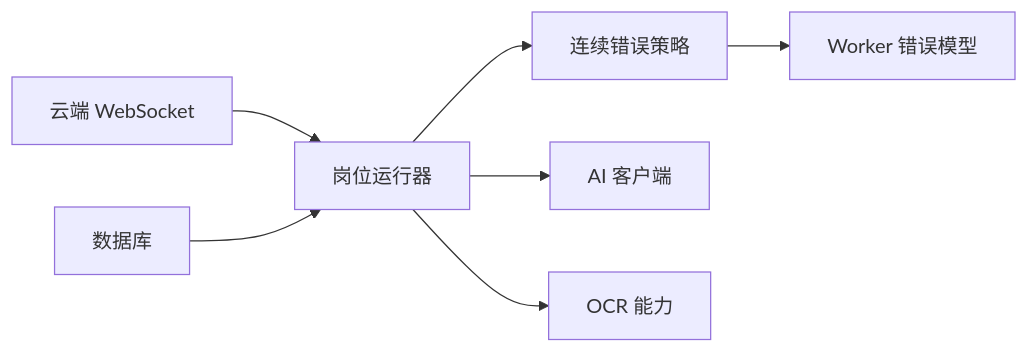
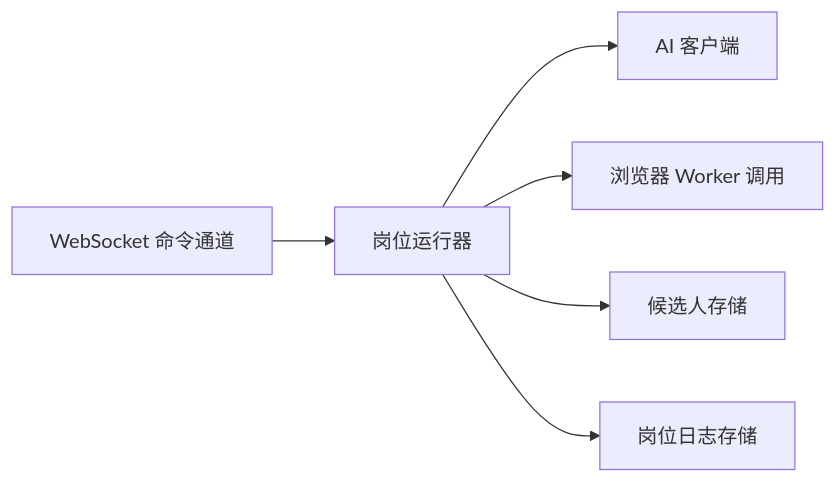
The eighth of 8 diagrams in .qoder/repowiki/zh/content/云端后端服务/候选人处理系统/候选人数据摄入/错误处理和重试机制.md (alvinwangzi/goodhr), drawn with Mermaid before and after one commit. The commit also changed other lines of this file and 149 other files, not shown here.

````diff
--- a/.qoder/repowiki/zh/content/云端后端服务/候选人处理系统/候选人数据摄入/错误处理和重试机制.md
+++ b/.qoder/repowiki/zh/content/云端后端服务/候选人处理系统/候选人数据摄入/错误处理和重试机制.md
@@ -336,9 +302,8 @@
 ```mermaid
 graph LR
-Runner["岗位运行器"] --> Strategy["连续错误策略"]
-Runner --> AI["AI 客户端"]
-Runner --> OCR["OCR 能力"]
-Strategy --> WorkerErr["Worker 错误模型"]
-CloudWS["云端 WebSocket"] --> Runner
-DB["数据库"] --> Runner
+PR["岗位运行器"] --> AI["AI 客户端"]
+PR --> BR["浏览器 Worker 调用"]
+PR --> CS["候选人存储"]
+PR --> PL["岗位日志存储"]
+WS["WebSocket 命令通道"] --> PR
 ```
````
